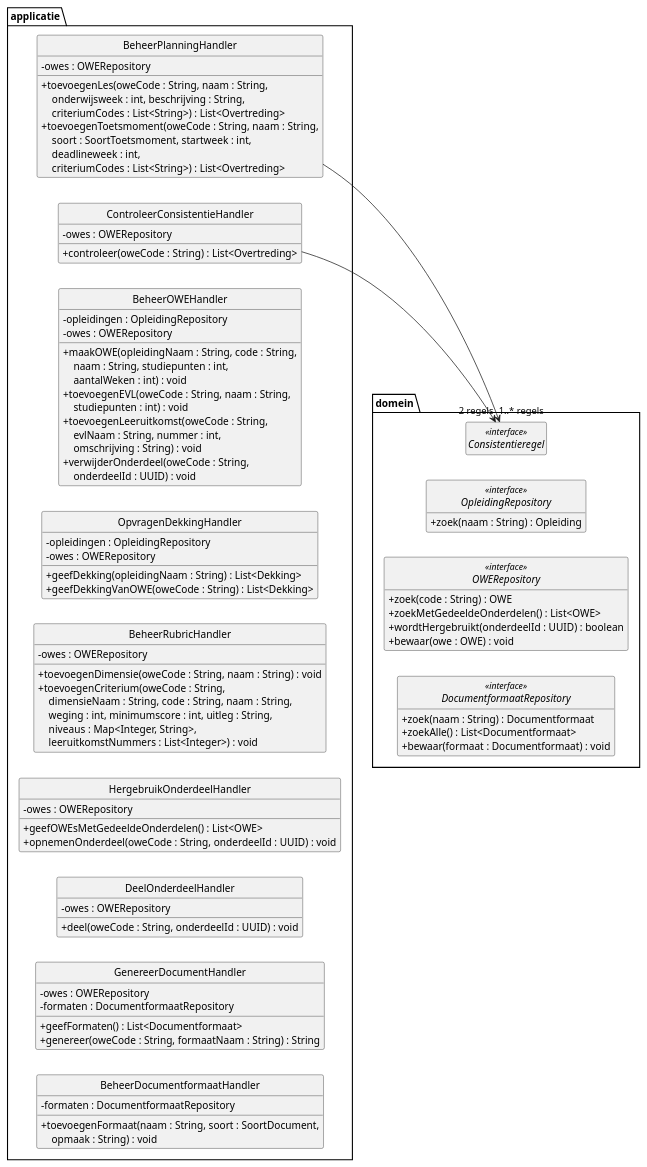
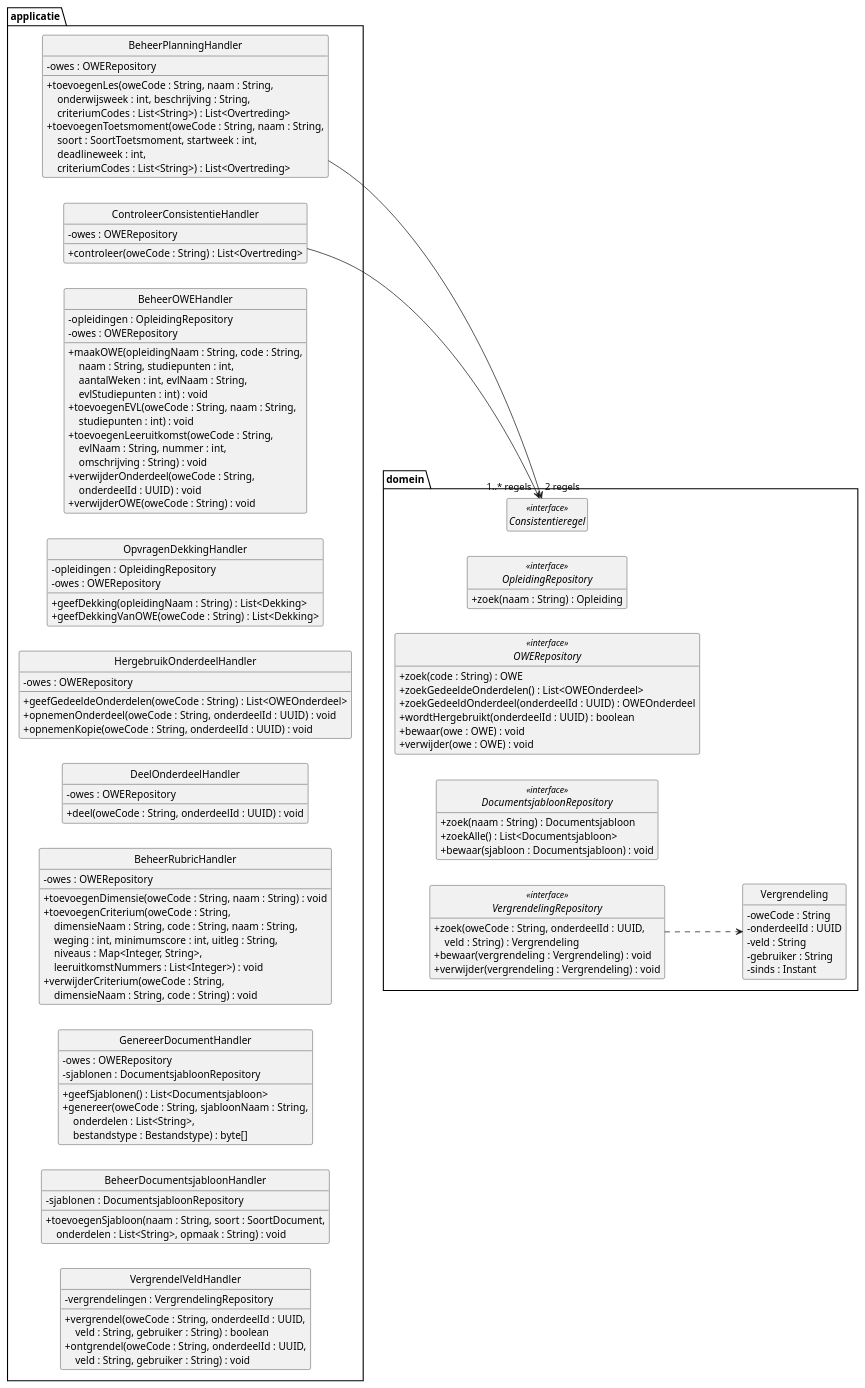
Before and after one commit to HAN-Craftsmanship-KL-JJG/casus: the diagram in docs/diagrams/klassendiagram-handlers.puml, drawn with PlantUML. The commit also changed 4 other files, not shown here.

First line of the commit message:
docs: align class diagram with updated use cases and domain model

```diff
--- a/docs/diagrams/klassendiagram-handlers.puml
+++ b/docs/diagrams/klassendiagram-handlers.puml
@@ -1,112 +1,143 @@
 @startuml klassendiagram-handlers
 ' Design class diagram van ICDE: use case controllers en repositories.
 ' Toelichting: docs/klassendiagram.md
 ' De domeinklassen staan volledig in klassendiagram-domein.puml.
 ' Verwijzingen naar repositories staan als attribuut, niet als lijn (Larman 7.4).
 skinparam style strictuml
 skinparam shadowing false
 skinparam defaultFontName Helvetica
 skinparam classAttributeIconSize 0
 hide empty members
 left to right direction
 
 package applicatie {
   class BeheerOWEHandler {
     - opleidingen : OpleidingRepository
     - owes : OWERepository
     + maakOWE(opleidingNaam : String, code : String,\n    \
 naam : String, studiepunten : int,\n    \
-aantalWeken : int) : void
+aantalWeken : int, evlNaam : String,\n    \
+evlStudiepunten : int) : void
     + toevoegenEVL(oweCode : String, naam : String,\n    \
 studiepunten : int) : void
     + toevoegenLeeruitkomst(oweCode : String,\n    \
 evlNaam : String, nummer : int,\n    \
 omschrijving : String) : void
     + verwijderOnderdeel(oweCode : String,\n    \
 onderdeelId : UUID) : void
+    + verwijderOWE(oweCode : String) : void
   }
   class BeheerRubricHandler {
     - owes : OWERepository
     + toevoegenDimensie(oweCode : String, naam : String) : void
     + toevoegenCriterium(oweCode : String,\n    \
 dimensieNaam : String, code : String, naam : String,\n    \
 weging : int, minimumscore : int, uitleg : String,\n    \
 niveaus : Map<Integer, String>,\n    \
 leeruitkomstNummers : List<Integer>) : void
+    + verwijderCriterium(oweCode : String,\n    \
+dimensieNaam : String, code : String) : void
   }
   class BeheerPlanningHandler {
     - owes : OWERepository
     + toevoegenLes(oweCode : String, naam : String,\n    \
 onderwijsweek : int, beschrijving : String,\n    \
 criteriumCodes : List<String>) : List<Overtreding>
     + toevoegenToetsmoment(oweCode : String, naam : String,\n    \
 soort : SoortToetsmoment, startweek : int,\n    \
 deadlineweek : int,\n    \
 criteriumCodes : List<String>) : List<Overtreding>
   }
   class ControleerConsistentieHandler {
     - owes : OWERepository
     + controleer(oweCode : String) : List<Overtreding>
   }
   class GenereerDocumentHandler {
     - owes : OWERepository
-    - formaten : DocumentformaatRepository
-    + geefFormaten() : List<Documentformaat>
-    + genereer(oweCode : String, formaatNaam : String) : String
+    - sjablonen : DocumentsjabloonRepository
+    + geefSjablonen() : List<Documentsjabloon>
+    + genereer(oweCode : String, sjabloonNaam : String,\n    \
+onderdelen : List<String>,\n    \
+bestandstype : Bestandstype) : byte[]
   }
   class HergebruikOnderdeelHandler {
     - owes : OWERepository
-    + geefOWEsMetGedeeldeOnderdelen() : List<OWE>
+    + geefGedeeldeOnderdelen(oweCode : String) : List<OWEOnderdeel>
     + opnemenOnderdeel(oweCode : String, onderdeelId : UUID) : void
+    + opnemenKopie(oweCode : String, onderdeelId : UUID) : void
   }
   class OpvragenDekkingHandler {
     - opleidingen : OpleidingRepository
     - owes : OWERepository
     + geefDekking(opleidingNaam : String) : List<Dekking>
     + geefDekkingVanOWE(oweCode : String) : List<Dekking>
   }
   class DeelOnderdeelHandler {
     - owes : OWERepository
     + deel(oweCode : String, onderdeelId : UUID) : void
   }
-  class BeheerDocumentformaatHandler {
-    - formaten : DocumentformaatRepository
-    + toevoegenFormaat(naam : String, soort : SoortDocument,\n    \
-opmaak : String) : void
+  class BeheerDocumentsjabloonHandler {
+    - sjablonen : DocumentsjabloonRepository
+    + toevoegenSjabloon(naam : String, soort : SoortDocument,\n    \
+onderdelen : List<String>, opmaak : String) : void
+  }
+  class VergrendelVeldHandler {
+    - vergrendelingen : VergrendelingRepository
+    + vergrendel(oweCode : String, onderdeelId : UUID,\n    \
+veld : String, gebruiker : String) : boolean
+    + ontgrendel(oweCode : String, onderdeelId : UUID,\n    \
+veld : String, gebruiker : String) : void
   }
 }
 
 package domein {
   interface OWERepository <<interface>> {
     + zoek(code : String) : OWE
-    + zoekMetGedeeldeOnderdelen() : List<OWE>
+    + zoekGedeeldeOnderdelen() : List<OWEOnderdeel>
+    + zoekGedeeldOnderdeel(onderdeelId : UUID) : OWEOnderdeel
     + wordtHergebruikt(onderdeelId : UUID) : boolean
     + bewaar(owe : OWE) : void
+    + verwijder(owe : OWE) : void
   }
   interface OpleidingRepository <<interface>> {
     + zoek(naam : String) : Opleiding
   }
-  interface DocumentformaatRepository <<interface>> {
-    + zoek(naam : String) : Documentformaat
-    + zoekAlle() : List<Documentformaat>
-    + bewaar(formaat : Documentformaat) : void
+  interface DocumentsjabloonRepository <<interface>> {
+    + zoek(naam : String) : Documentsjabloon
+    + zoekAlle() : List<Documentsjabloon>
+    + bewaar(sjabloon : Documentsjabloon) : void
+  }
+  interface VergrendelingRepository <<interface>> {
+    + zoek(oweCode : String, onderdeelId : UUID,\n    \
+veld : String) : Vergrendeling
+    + bewaar(vergrendeling : Vergrendeling) : void
+    + verwijder(vergrendeling : Vergrendeling) : void
+  }
+  class Vergrendeling {
+    - oweCode : String
+    - onderdeelId : UUID
+    - veld : String
+    - gebruiker : String
+    - sinds : Instant
   }
   interface Consistentieregel <<interface>>
 }
 
 BeheerPlanningHandler --> "2 regels" Consistentieregel
 ControleerConsistentieHandler --> "1..* regels" Consistentieregel
 ' Onzichtbare lijnen zetten elke handler naast zijn repositories.
 BeheerOWEHandler -[hidden]-> OpleidingRepository
 BeheerOWEHandler -[hidden]-> OWERepository
 BeheerRubricHandler -[hidden]-> OWERepository
 BeheerPlanningHandler -[hidden]-> OWERepository
 ControleerConsistentieHandler -[hidden]-> OWERepository
 GenereerDocumentHandler -[hidden]-> OWERepository
-GenereerDocumentHandler -[hidden]-> DocumentformaatRepository
+GenereerDocumentHandler -[hidden]-> DocumentsjabloonRepository
 HergebruikOnderdeelHandler -[hidden]-> OWERepository
 OpvragenDekkingHandler -[hidden]-> OpleidingRepository
 OpvragenDekkingHandler -[hidden]-> OWERepository
 DeelOnderdeelHandler -[hidden]-> OWERepository
-BeheerDocumentformaatHandler -[hidden]-> DocumentformaatRepository
+BeheerDocumentsjabloonHandler -[hidden]-> DocumentsjabloonRepository
+VergrendelVeldHandler -[hidden]-> VergrendelingRepository
+VergrendelingRepository ..> Vergrendeling
 @enduml
```
